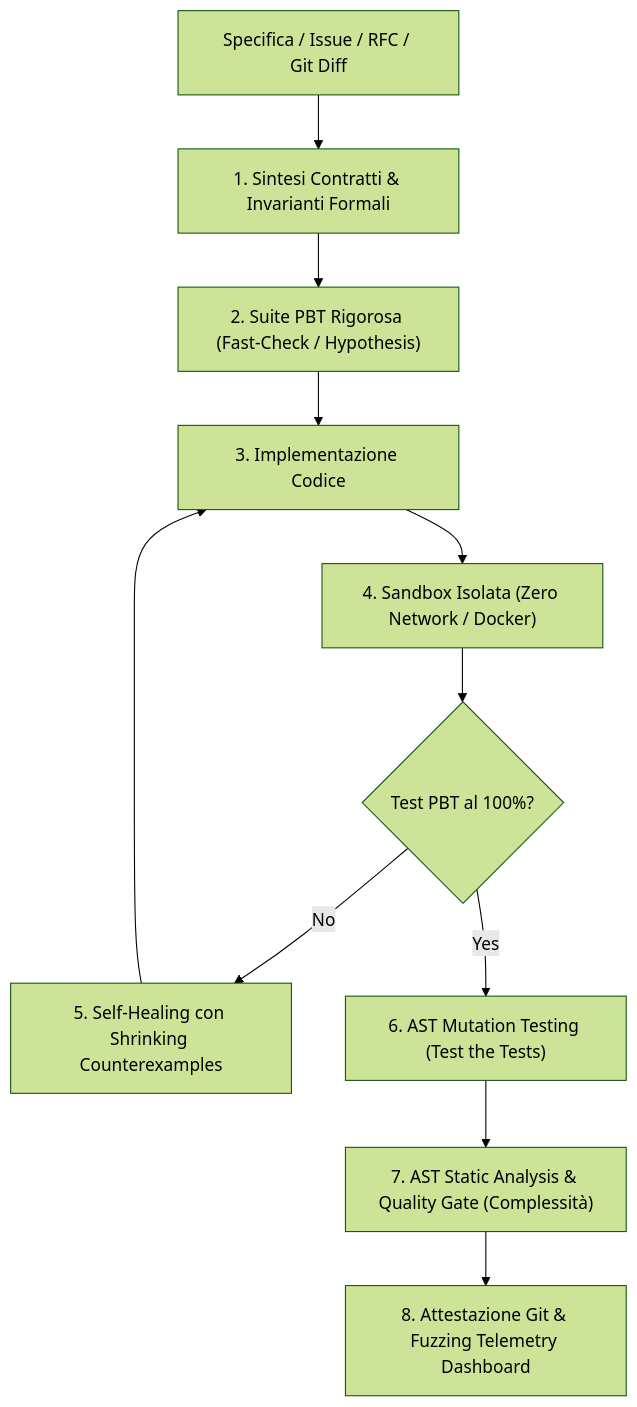
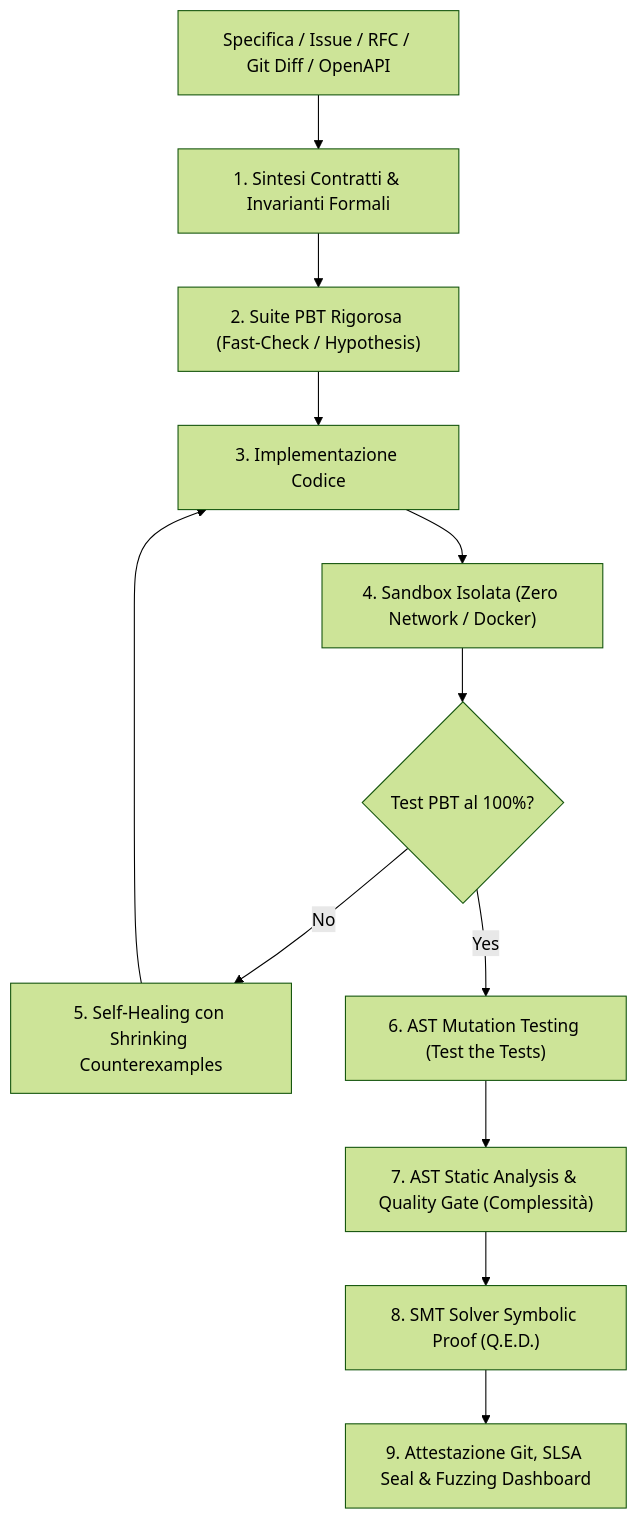
The diagram in README.md (francaroscillidev-gif/git-native-spec-to-code), drawn with Mermaid (forest theme) before and after one commit. The commit also changed other lines of this file, not shown here.

````diff
--- a/README.md
+++ b/README.md
@@ -11,13 +11,14 @@
 ```mermaid
 flowchart TD
-    A["Specifica / Issue / RFC / Git Diff"] --> B["1. Sintesi Contratti & Invarianti Formali"]
+    A["Specifica / Issue / RFC / Git Diff / OpenAPI"] --> B["1. Sintesi Contratti & Invarianti Formali"]
     B --> C["2. Suite PBT Rigorosa (Fast-Check / Hypothesis)"]
     C --> D["3. Implementazione Codice"]
     D --> E["4. Sandbox Isolata (Zero Network / Docker)"]
     E --> F{"Test PBT al 100%?"}
     F -- No --> G["5. Self-Healing con Shrinking Counterexamples"]
     G --> D
     F -- Yes --> H["6. AST Mutation Testing (Test the Tests)"]
     H --> I["7. AST Static Analysis & Quality Gate (Complessità)"]
-    I --> J["8. Attestazione Git & Fuzzing Telemetry Dashboard"]
+    I --> J["8. SMT Solver Symbolic Proof (Q.E.D.)"]
+    J --> K["9. Attestazione Git, SLSA Seal & Fuzzing Dashboard"]
 ```
````
